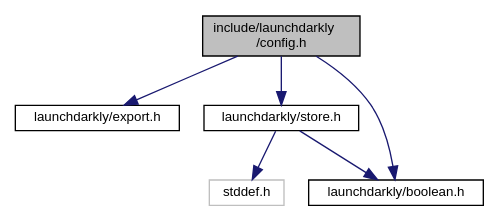
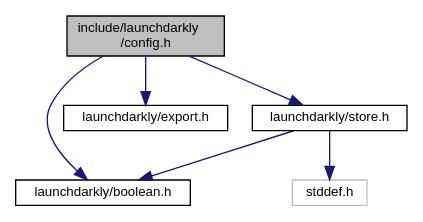
The diagram in config_8h__incl.dot (launchdarkly/c-server-sdk), drawn with Graphviz before and after one commit. The commit also changed 56 other files, not shown here.

```diff
--- a/config_8h__incl.dot
+++ b/config_8h__incl.dot
@@ -1,15 +1,15 @@
 digraph "include/launchdarkly/config.h"
 {
   edge [fontname="Helvetica",fontsize="10",labelfontname="Helvetica",labelfontsize="10"];
   node [fontname="Helvetica",fontsize="10",shape=record];
   Node0 [label="include/launchdarkly\l/config.h",height=0.2,width=0.4,color="black", fillcolor="grey75", style="filled", fontcolor="black"];
   Node0 -> Node1 [color="midnightblue",fontsize="10",style="solid",fontname="Helvetica"];
-  Node1 [label="launchdarkly/export.h",height=0.2,width=0.4,color="black", fillcolor="white", style="filled",URL="$export_8h.html",tooltip="Public. Configuration of exported symbols. "];
+  Node1 [label="launchdarkly/boolean.h",height=0.2,width=0.4,color="black", fillcolor="white", style="filled",URL="$boolean_8h.html",tooltip="A custom c89 boolean type. "];
   Node0 -> Node2 [color="midnightblue",fontsize="10",style="solid",fontname="Helvetica"];
-  Node2 [label="launchdarkly/store.h",height=0.2,width=0.4,color="black", fillcolor="white", style="filled",URL="$store_8h.html",tooltip="Public API Interface for Store implementatons. "];
-  Node2 -> Node3 [color="midnightblue",fontsize="10",style="solid",fontname="Helvetica"];
-  Node3 [label="stddef.h",height=0.2,width=0.4,color="grey75", fillcolor="white", style="filled"];
-  Node2 -> Node4 [color="midnightblue",fontsize="10",style="solid",fontname="Helvetica"];
-  Node4 [label="launchdarkly/boolean.h",height=0.2,width=0.4,color="black", fillcolor="white", style="filled",URL="$boolean_8h.html",tooltip="A custom c89 boolean type. "];
-  Node0 -> Node4 [color="midnightblue",fontsize="10",style="solid",fontname="Helvetica"];
+  Node2 [label="launchdarkly/export.h",height=0.2,width=0.4,color="black", fillcolor="white", style="filled",URL="$export_8h.html",tooltip="Public. Configuration of exported symbols. "];
+  Node0 -> Node3 [color="midnightblue",fontsize="10",style="solid",fontname="Helvetica"];
+  Node3 [label="launchdarkly/store.h",height=0.2,width=0.4,color="black", fillcolor="white", style="filled",URL="$store_8h.html",tooltip="Public API Interface for Store implementatons. "];
+  Node3 -> Node4 [color="midnightblue",fontsize="10",style="solid",fontname="Helvetica"];
+  Node4 [label="stddef.h",height=0.2,width=0.4,color="grey75", fillcolor="white", style="filled"];
+  Node3 -> Node1 [color="midnightblue",fontsize="10",style="solid",fontname="Helvetica"];
 }
```
